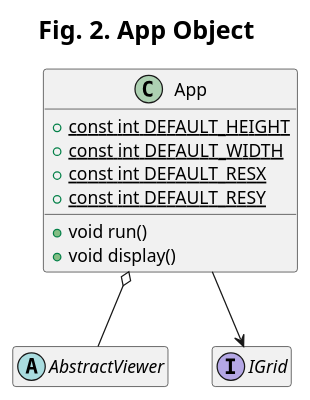
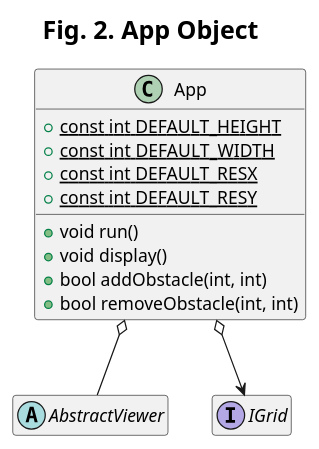
One commit to kanmeugne/kanmeugne.github.io changed the second of 3 diagrams in _posts/modsim/2020-10-04-2d-grid-obstacles.md. Above: the diagram before and after it, drawn with PlantUML. The commit also changed other lines of this file, not shown here.

Commit message:
update diagrams

```diff
--- a/_posts/modsim/2020-10-04-2d-grid-obstacles.md
+++ b/_posts/modsim/2020-10-04-2d-grid-obstacles.md
@@ -97,20 +99,22 @@
 {% plantuml %}
 @startuml
 title: <size:20>Fig. 2. App Object</size>
 class App {
     + {static} const int DEFAULT_HEIGHT
     + {static} const int DEFAULT_WIDTH
     + {static} const int DEFAULT_RESX
     + {static} const int DEFAULT_RESY
     + void run()
     + void display()
+    + bool addObstacle(int, int)
+    + bool removeObstacle(int, int)
 }
 abstract class AbstractViewer
 interface IGrid
 App o-- AbstractViewer
-App --> IGrid
+App o--> IGrid
 hide IGrid members
 hide AbstractViewer members
 
 @enduml
 {% endplantuml %}
```
